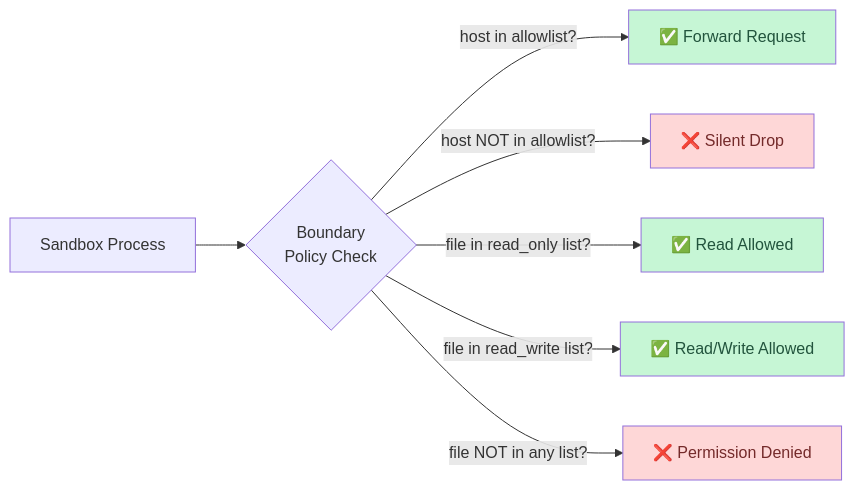
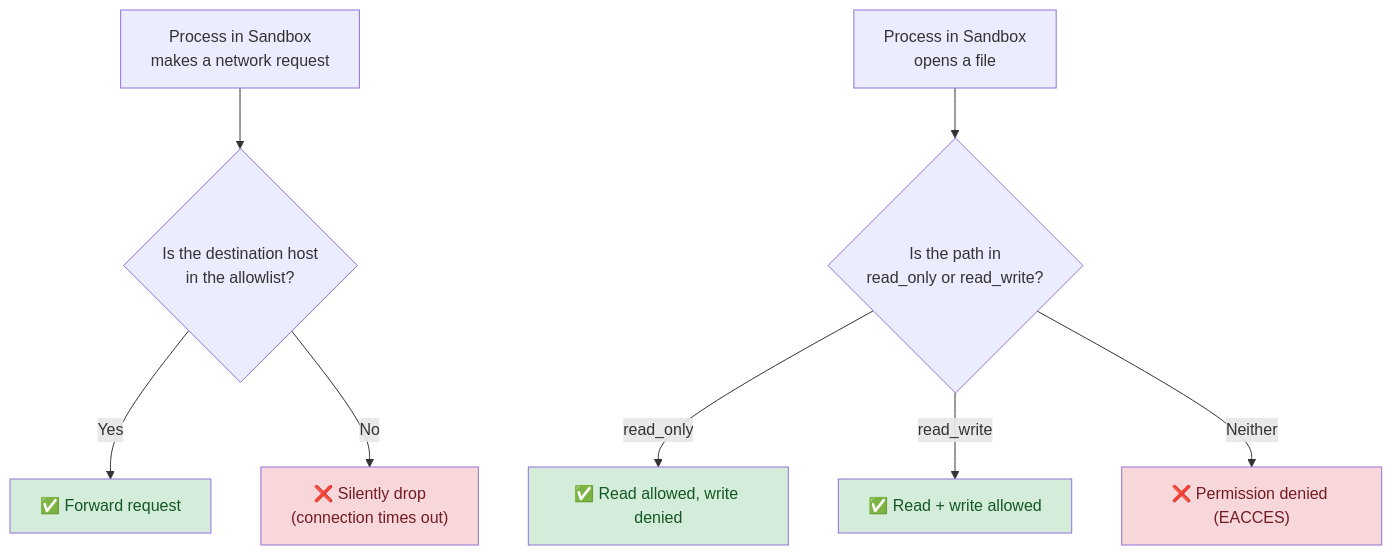
One commit to avijra/openshell-ztm-lab changed the sixth of 6 diagrams in docs/1-architecture/README.md. Above: the diagram before and after it, drawn with Mermaid. The commit also changed other lines of this file and 6 other files, not shown here.

First line of the commit message:
fix: replace all unreadable sequence diagrams with simple vertical flows

````diff
--- a/docs/1-architecture/README.md
+++ b/docs/1-architecture/README.md
@@ -104,15 +100,17 @@
 ```mermaid
-flowchart LR
-    SB["Sandbox Process"] --> BN{"Boundary<br/>Policy Check"}
-    BN -->|"host in allowlist?"| ALLOW["✅ Forward Request"]
-    BN -->|"host NOT in allowlist?"| DENY["❌ Silent Drop"]
-    BN -->|"file in read_only list?"| RO["✅ Read Allowed"]
-    BN -->|"file in read_write list?"| RW["✅ Read/Write Allowed"]
-    BN -->|"file NOT in any list?"| FD["❌ Permission Denied"]
-    
-    style ALLOW fill:#c6f6d5,color:#22543d
-    style RO fill:#c6f6d5,color:#22543d
-    style RW fill:#c6f6d5,color:#22543d
-    style DENY fill:#fed7d7,color:#742a2a
-    style FD fill:#fed7d7,color:#742a2a
+graph TD
+    P["Process in Sandbox<br/>makes a network request"] --> Q{"Is the destination host<br/>in the allowlist?"}
+    Q -->|"Yes"| A["✅ Forward request"]
+    Q -->|"No"| D["❌ Silently drop<br/>(connection times out)"]
+
+    P2["Process in Sandbox<br/>opens a file"] --> Q2{"Is the path in<br/>read_only or read_write?"}
+    Q2 -->|"read_only"| R["✅ Read allowed, write denied"]
+    Q2 -->|"read_write"| RW["✅ Read + write allowed"]
+    Q2 -->|"Neither"| FD["❌ Permission denied (EACCES)"]
+
+    style A fill:#d4edda,color:#155724
+    style R fill:#d4edda,color:#155724
+    style RW fill:#d4edda,color:#155724
+    style D fill:#f8d7da,color:#721c24
+    style FD fill:#f8d7da,color:#721c24
 ```
````
